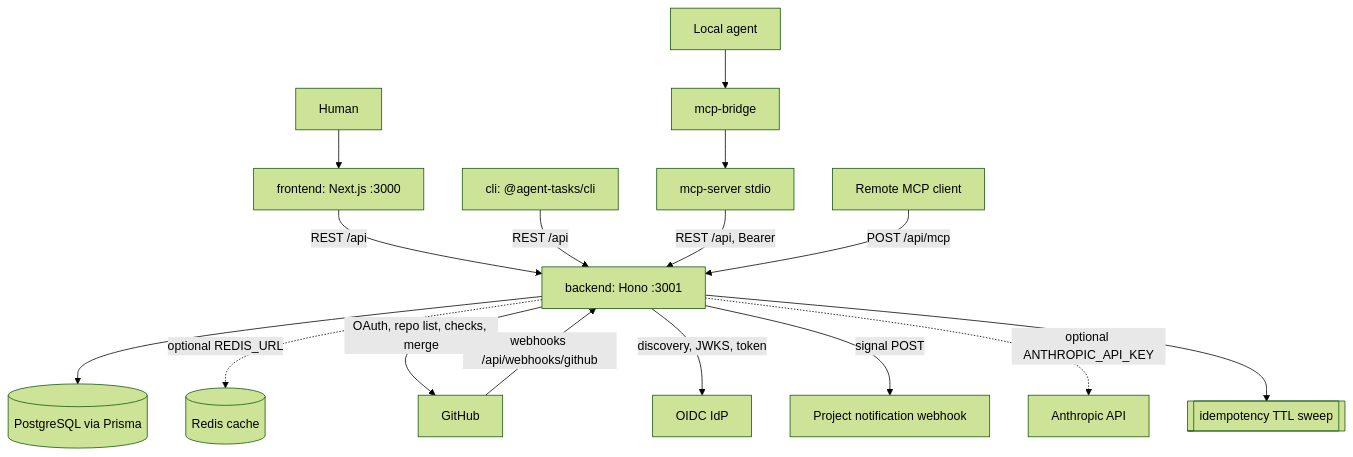
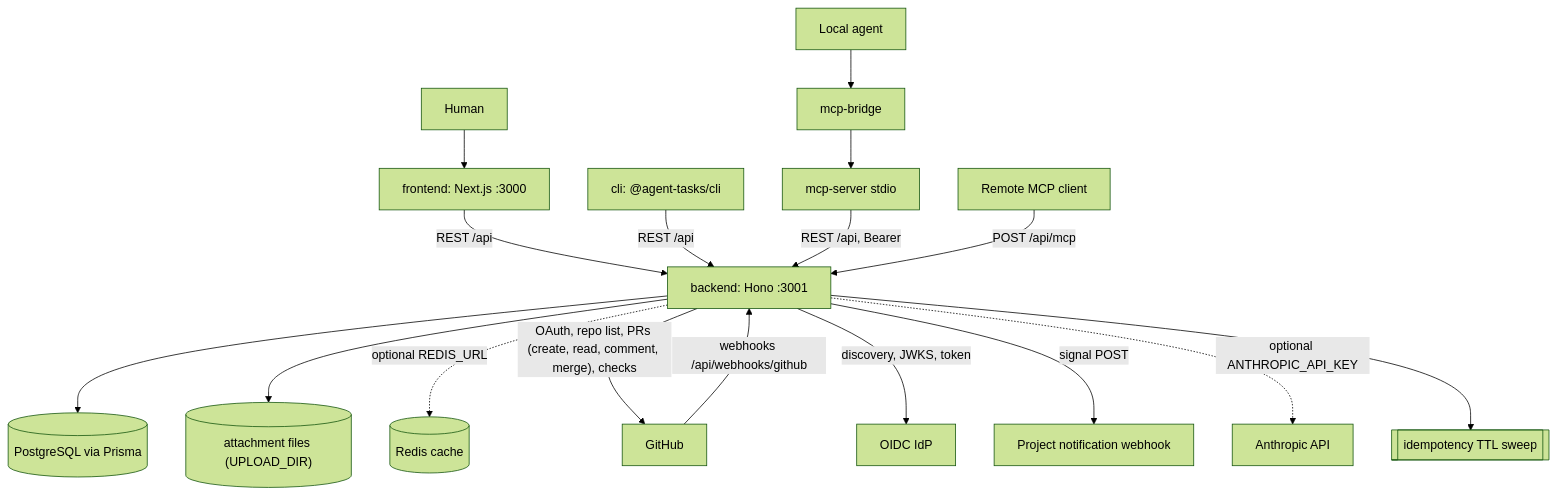
One commit to LanNguyenSi/agent-tasks changed the diagram in docs/architecture.md. Above: the diagram before and after it, drawn with Mermaid (forest theme). The commit also changed other lines of this file and 20 other files, not shown here.

````diff
--- a/docs/architecture.md
+++ b/docs/architecture.md
@@ -31,18 +32,19 @@
 ```mermaid
 flowchart TD
     Human[Human] --> FE["frontend: Next.js :3000"]
     FE -->|"REST /api"| BE["backend: Hono :3001"]
     CLI["cli: @agent-tasks/cli"] -->|"REST /api"| BE
     Agent[Local agent] --> Bridge[mcp-bridge]
     Bridge --> MCP[mcp-server stdio]
     MCP -->|"REST /api, Bearer"| BE
     Remote[Remote MCP client] -->|"POST /api/mcp"| BE
     BE --> PG[("PostgreSQL via Prisma")]
+    BE --> Uploads[("attachment files (UPLOAD_DIR)")]
     BE -.->|optional REDIS_URL| Redis[(Redis cache)]
     GH[GitHub] -->|"webhooks /api/webhooks/github"| BE
-    BE -->|"OAuth, repo list, checks, merge"| GH
+    BE -->|"OAuth, repo list, PRs (create, read, comment, merge), checks"| GH
     BE -->|"discovery, JWKS, token"| IdP[OIDC IdP]
     BE -->|signal POST| Hook[Project notification webhook]
     BE -.->|optional ANTHROPIC_API_KEY| LLM[Anthropic API]
     BE --> Sweep[[idempotency TTL sweep]]
 ```
````
